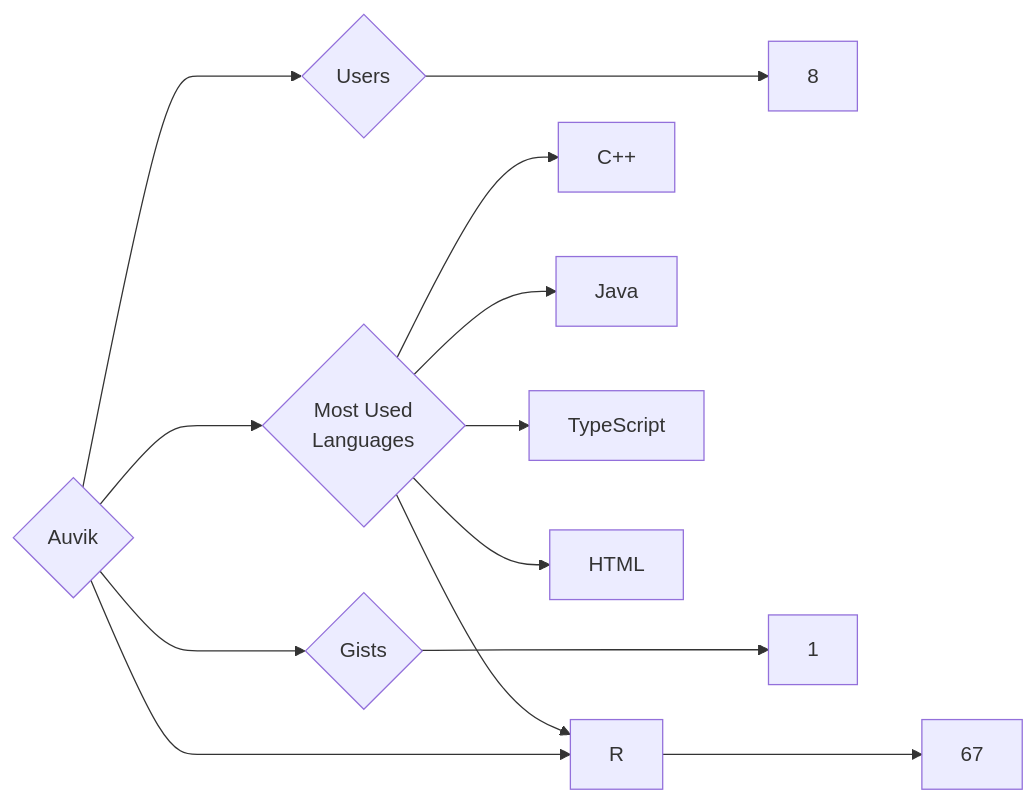
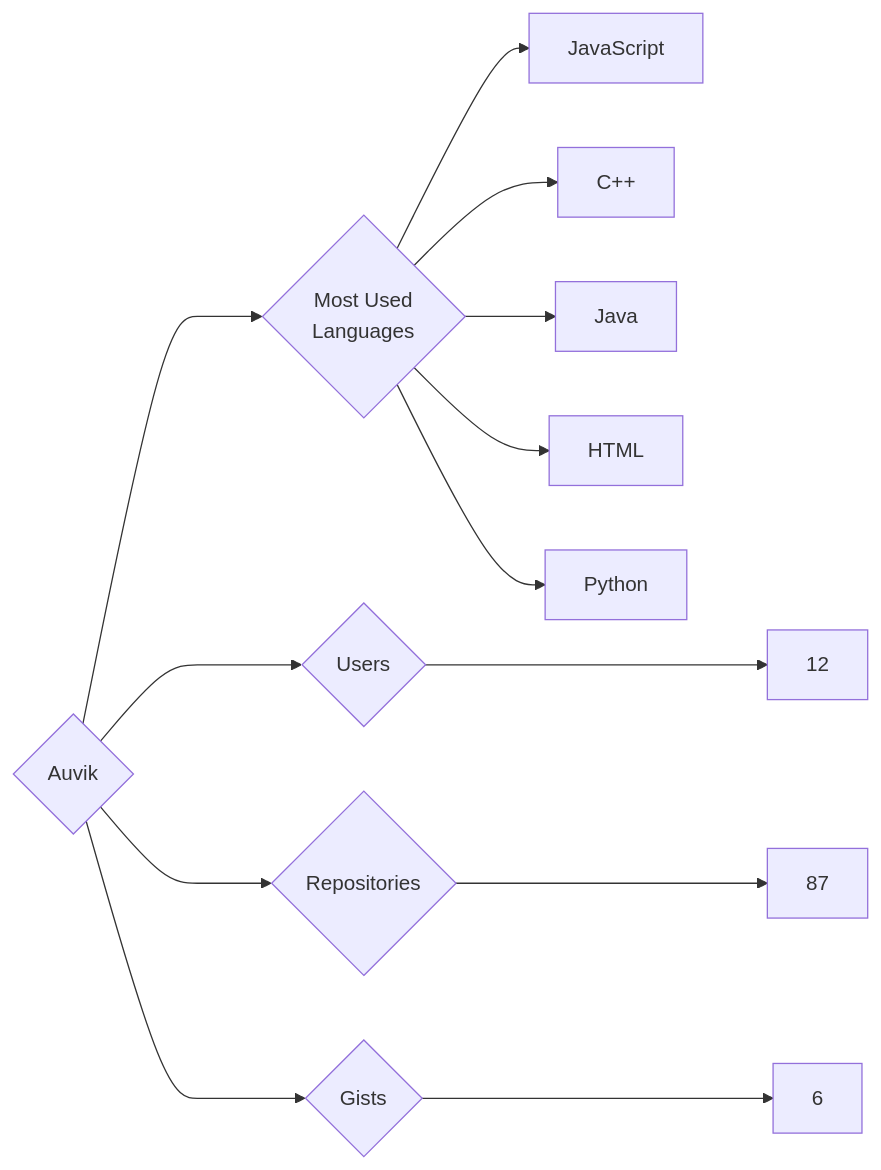
Before and after one commit to trickest/insiders: the diagram in targets/Auvik/README.md, drawn with Mermaid. The commit also changed 569 other files, not shown here.

````diff
--- a/targets/Auvik/README.md
+++ b/targets/Auvik/README.md
@@ -3,13 +3,13 @@
 ```mermaid
 graph LR
 COMPANY_NAME{Auvik}
-COMPANY_NAME ---> U{Users} ---> UN[8]
-COMPANY_NAME ---> R{Repositories} ---> RN[67]
-COMPANY_NAME ---> G{Gists} ---> GN[1]
+COMPANY_NAME ---> U{Users} ---> UN[12]
+COMPANY_NAME ---> R{Repositories} ---> RN[87]
+COMPANY_NAME ---> G{Gists} ---> GN[6]
 COMPANY_NAME ---> ML{Most Used<br>Languages}
+ML --> JavaScript[JavaScript]
 ML --> C++[C++]
 ML --> Java[Java]
-ML --> TypeScript[TypeScript]
 ML --> HTML[HTML]
-ML --> R[R]
+ML --> Python[Python]
 ```
````
